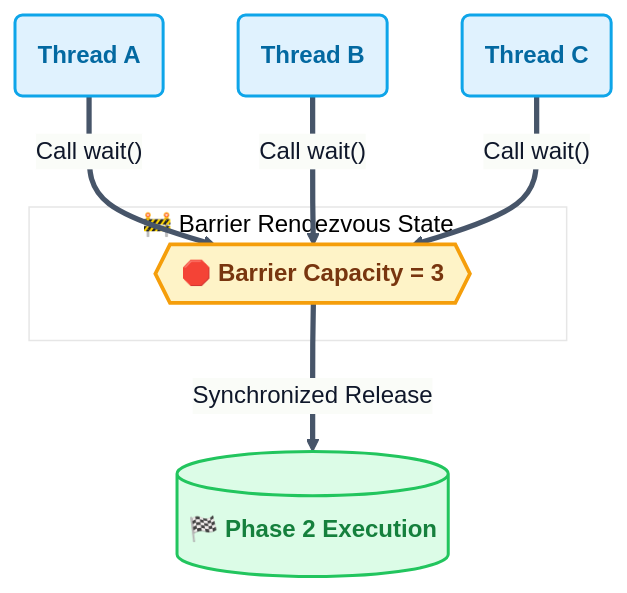
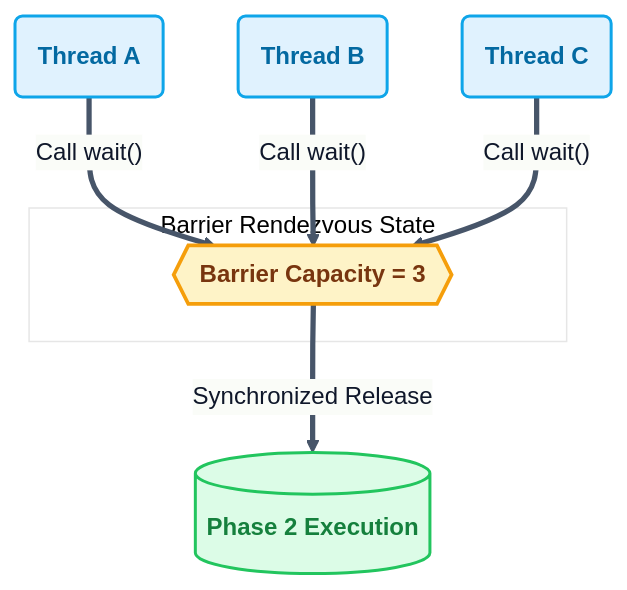
One commit to RameenAnwar/PDC-SP26-SE changed the eighth of 9 diagrams in SyedMuhammadHuzaifaAshrafi-(23FA-035-SE)/Chapter02/README.md. Above: the diagram before and after it, drawn with Mermaid. The commit also changed other lines of this file and 5 other files, not shown here.

````diff
--- a/SyedMuhammadHuzaifaAshrafi-(23FA-035-SE)/Chapter02/README.md
+++ b/SyedMuhammadHuzaifaAshrafi-(23FA-035-SE)/Chapter02/README.md
@@ -294,22 +294,22 @@
 ```mermaid
 %%{init: {'theme': 'base', 'themeVariables': { 'lineColor': '#475569', 'primaryColor': '#f8fafc', 'primaryTextColor': '#0f172a', 'primaryBorderColor': '#cbd5e1' }}}%%
 flowchart TD
     %% Premium Barrier Rendezvous Visual
     classDef bar fill:#fef3c7,stroke:#f59e0b,stroke-width:2.5px,color:#78350f,font-weight:bold
     classDef thr fill:#e0f2fe,stroke:#0ea5e9,stroke-width:2px,color:#0369a1,font-weight:bold
     classDef pass fill:#dcfce7,stroke:#22c55e,stroke-width:2px,color:#15803d,font-weight:bold
 
-    subgraph RACE_TRACK ["🚧 Barrier Rendezvous State"]
-        B{{"🛑 Barrier Capacity = 3"}}
+    subgraph RACE_TRACK ["Barrier Rendezvous State"]
+        B{{"Barrier Capacity = 3"}}
     end
 
     T1("Thread A") == "Call wait()" ==> B
     T2("Thread B") == "Call wait()" ==> B
     T3("Thread C") == "Call wait()" ==> B
 
-    B == "Synchronized Release" ==> Phase2[("🏁 Phase 2 Execution")]
+    B == "Synchronized Release" ==> Phase2[("Phase 2 Execution")]
 
     class B bar
     class T1,T2,T3 thr
     class Phase2 pass
 ```
````
